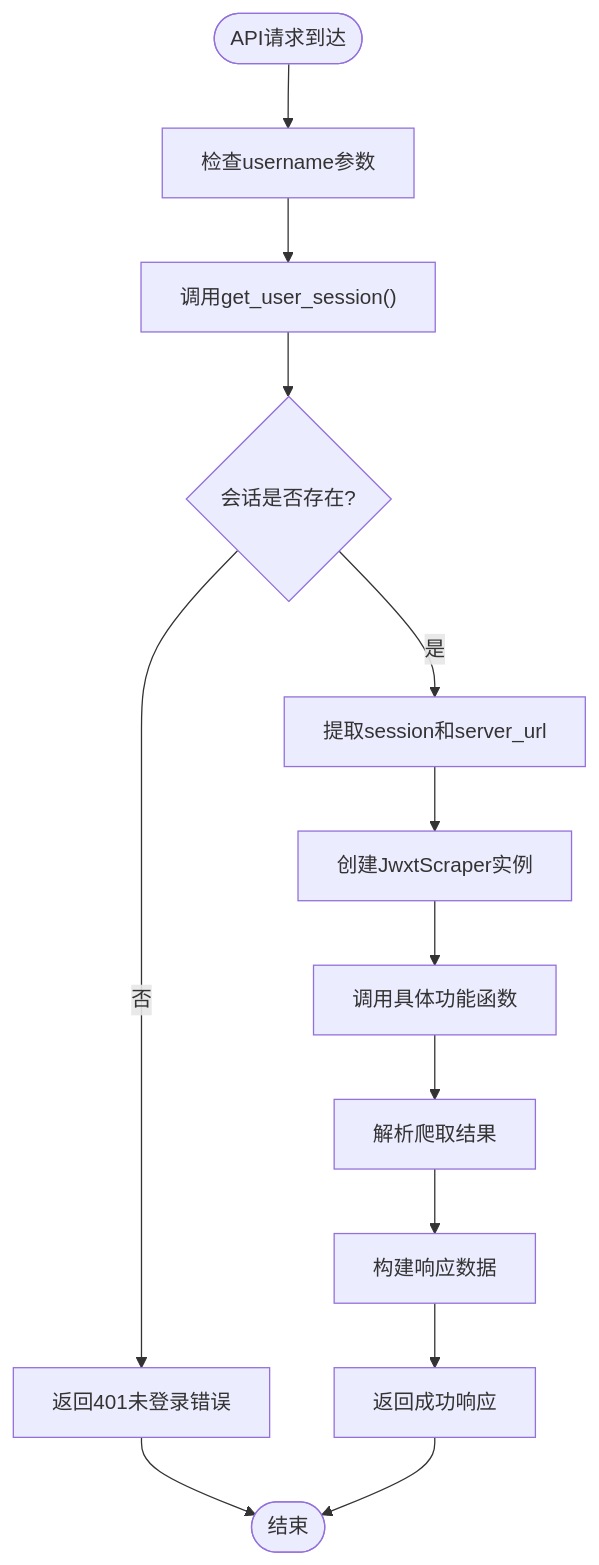
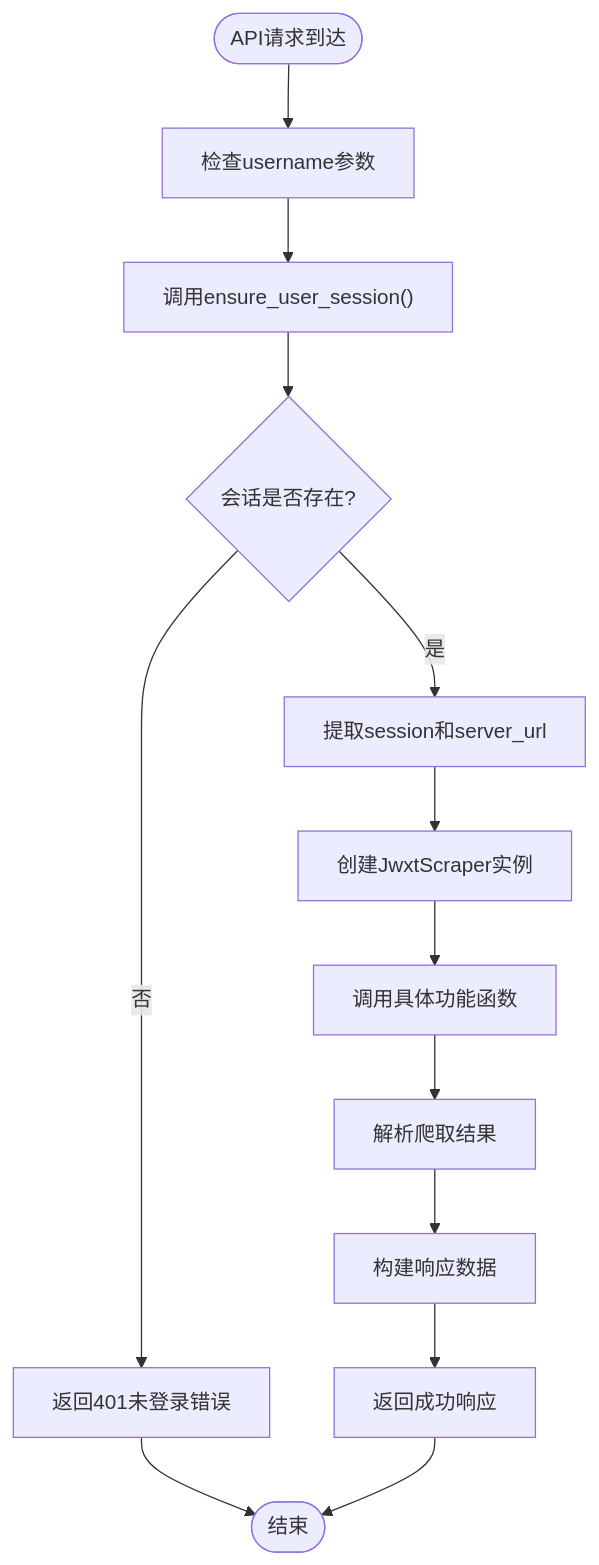
One commit to ghbbn053-ship-itsoulddog/soulddog changed the second of 15 diagrams in .qoder/repowiki/zh/content/后端API文档/个人信息查询API.md. Above: the diagram before and after it, drawn with Mermaid. The commit also changed other lines of this file and 119 other files, not shown here.

````diff
--- a/.qoder/repowiki/zh/content/后端API文档/个人信息查询API.md
+++ b/.qoder/repowiki/zh/content/后端API文档/个人信息查询API.md
@@ -132,15 +138,15 @@
 ```mermaid
 flowchart TD
 Start([API请求到达]) --> CheckUsername["检查username参数"]
-CheckUsername --> ValidateSession["调用get_user_session()"]
+CheckUsername --> ValidateSession["调用ensure_user_session()"]
 ValidateSession --> SessionExists{"会话是否存在?"}
 SessionExists --> |否| Return401["返回401未登录错误"]
 SessionExists --> |是| ExtractSession["提取session和server_url"]
 ExtractSession --> CreateScraper["创建JwxtScraper实例"]
 CreateScraper --> CallFunction["调用具体功能函数"]
 CallFunction --> ParseResult["解析爬取结果"]
 ParseResult --> BuildResponse["构建响应数据"]
 BuildResponse --> Success["返回成功响应"]
 Return401 --> End([结束])
 Success --> End
 ```
````
